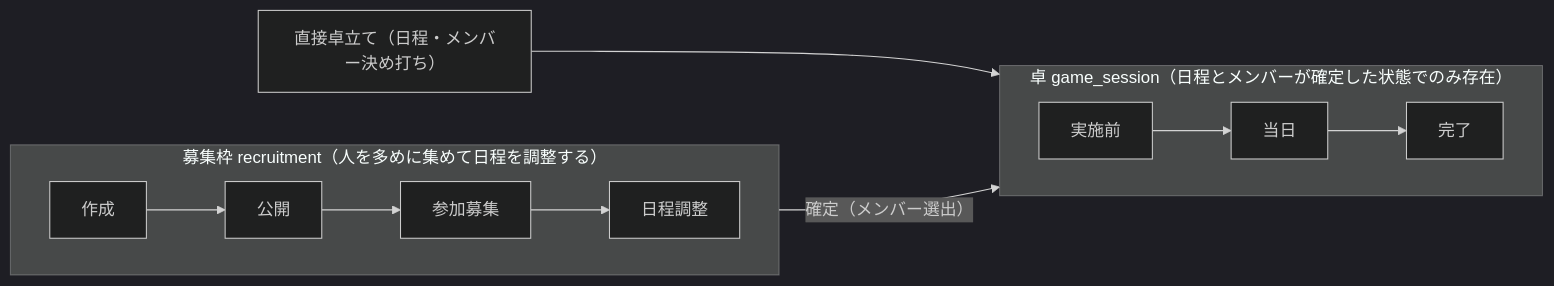
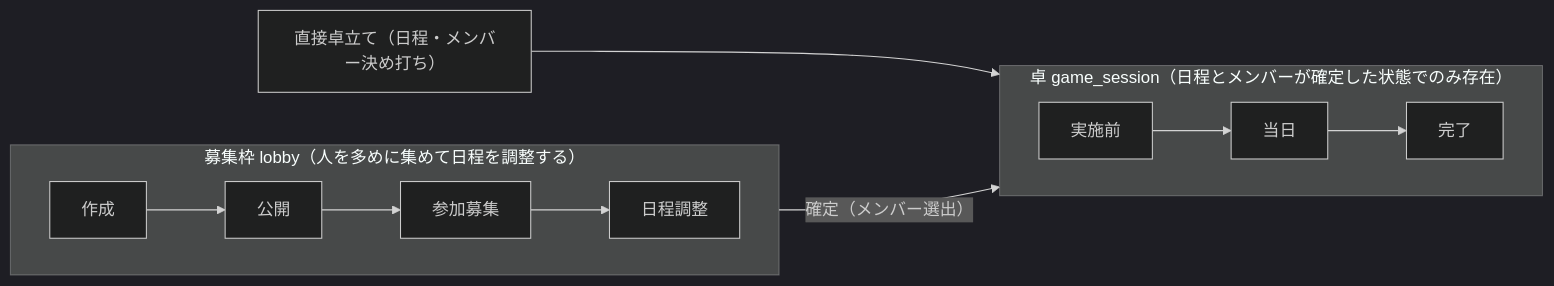
One commit to dot-ma801/taku-biyori changed the first of 4 diagrams in docs/design-v1.1.md. Above: the diagram before and after it, drawn with Mermaid (dark theme). The commit also changed other lines of this file and 1 other file, not shown here.

First line of the commit message:
[update] 募集枠の英語名を lobby に決定し設計・移行計画を改名

````diff
--- a/docs/design-v1.1.md
+++ b/docs/design-v1.1.md
@@ -28,13 +28,13 @@
 ```mermaid
 flowchart LR
-    subgraph R["募集枠 recruitment（人を多めに集めて日程を調整する）"]
+    subgraph R["募集枠 lobby（人を多めに集めて日程を調整する）"]
         direction LR
         a[作成] --> b[公開] --> c[参加募集] --> d[日程調整]
     end
     subgraph G["卓 game_session（日程とメンバーが確定した状態でのみ存在）"]
         direction LR
         e[実施前] --> f[当日] --> g[完了]
     end
     d -- "確定（メンバー選出）" --> e
     direct["直接卓立て（日程・メンバー決め打ち）"] --> e
 ```
````
